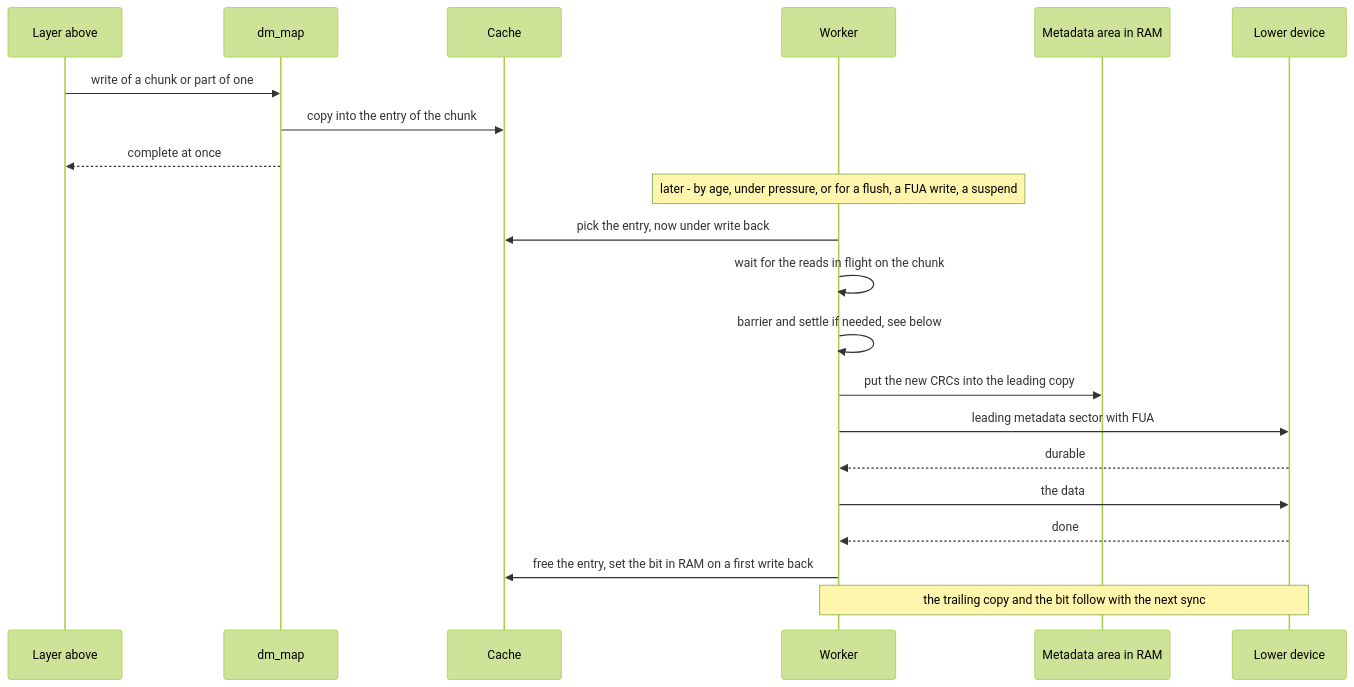
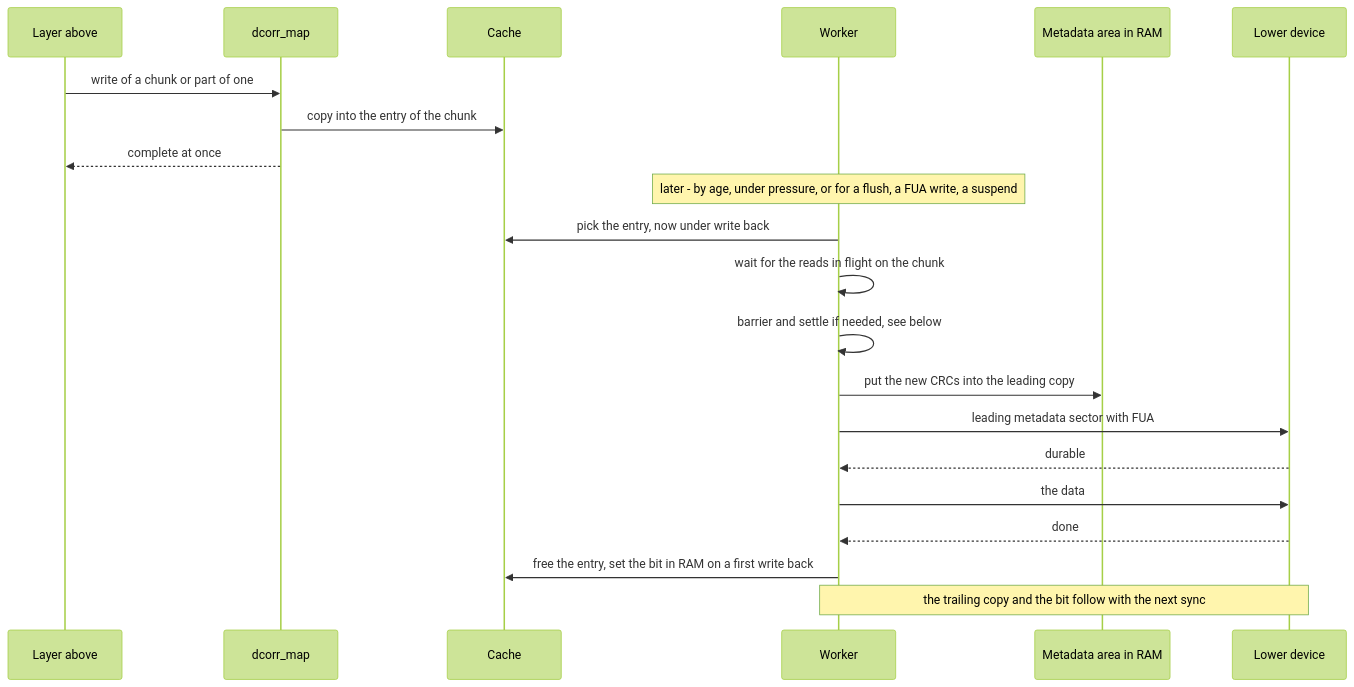
One commit to Dx-by-Dy/Automatic-Error-Correction-Driver changed the fourth of 22 diagrams in docs/en/DIAGRAMS.md. Above: the diagram before and after it, drawn with Mermaid (forest theme). The commit also changed other lines of this file and 43 other files, not shown here.

````diff
--- a/docs/en/DIAGRAMS.md
+++ b/docs/en/DIAGRAMS.md
@@ -98,23 +98,23 @@
 ```mermaid
 sequenceDiagram
     participant Up as Layer above
-    participant Map as dm_map
+    participant Map as dcorr_map
     participant Cache as Cache
     participant W as Worker
     participant Meta as Metadata area in RAM
     participant Low as Lower device
     Up->>Map: write of a chunk or part of one
     Map->>Cache: copy into the entry of the chunk
     Map-->>Up: complete at once
     Note over W: later - by age, under pressure, or for a flush, a FUA write, a suspend
     W->>Cache: pick the entry, now under write back
     W->>W: wait for the reads in flight on the chunk
     W->>W: barrier and settle if needed, see below
     W->>Meta: put the new CRCs into the leading copy
     W->>Low: leading metadata sector with FUA
     Low-->>W: durable
     W->>Low: the data
     Low-->>W: done
     W->>Cache: free the entry, set the bit in RAM on a first write back
     Note over W,Low: the trailing copy and the bit follow with the next sync
 ```
````
